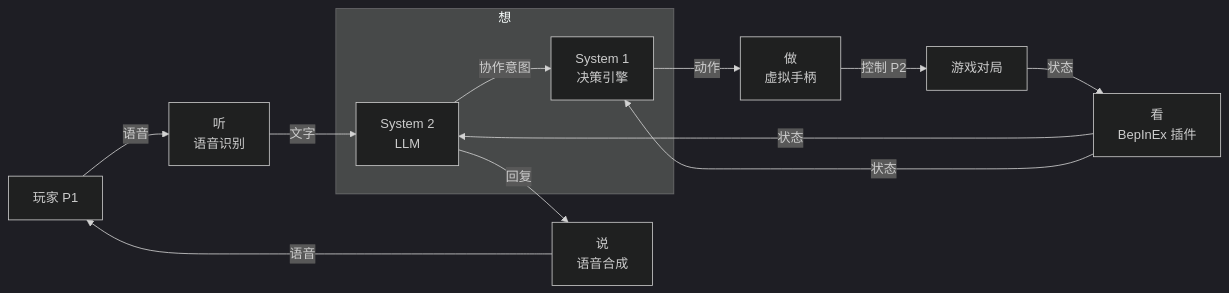
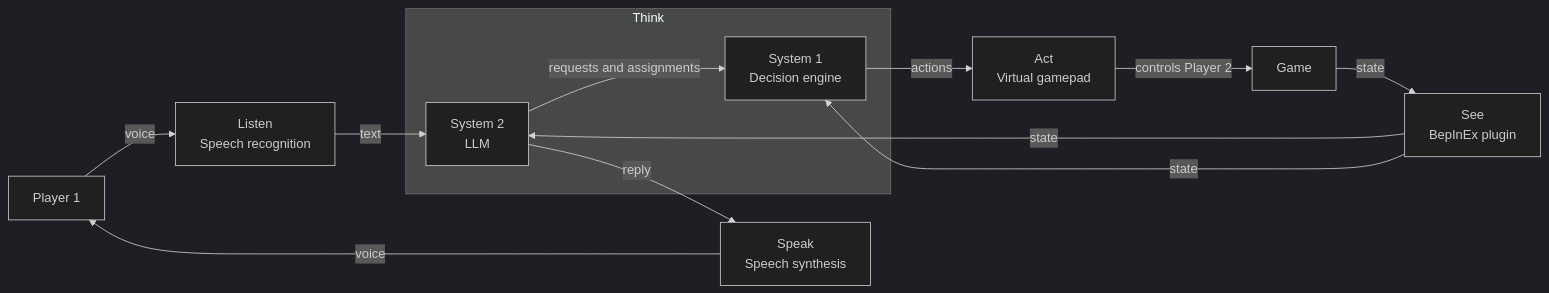
One commit to tungyee/overcooked-ai changed the diagram in README.md. Above: the diagram before and after it, drawn with Mermaid (dark theme). The commit also changed other lines of this file and 13 other files, not shown here.

````diff
--- a/README.md
+++ b/README.md
@@ -23,25 +21,25 @@
 ```mermaid
 flowchart LR
-    P[玩家 P1]
-    G[游戏对局]
-    A[听<br>语音识别]
-    B[看<br>BepInEx 插件]
-    C[说<br>语音合成]
-    D[做<br>虚拟手柄]
+    P[Player 1]
+    G[Game]
+    A[Listen<br>Speech recognition]
+    B[See<br>BepInEx plugin]
+    C[Speak<br>Speech synthesis]
+    D[Act<br>Virtual gamepad]
 
-    subgraph think["想"]
+    subgraph think["Think"]
         S2[System 2<br>LLM]
-        S1[System 1<br>决策引擎]
+        S1[System 1<br>Decision engine]
     end
 
-    P --"语音"--> A
-    A --"文字"--> S2
-    G --"状态"--> B
-    B --"状态"--> S2
-    B --"状态"--> S1
-    S2 --"协作意图"--> S1
-    S2 --"回复"--> C
-    C --"语音"--> P
-    S1 --"动作"--> D
-    D --"控制 P2"--> G
+    P --"voice"--> A
+    A --"text"--> S2
+    G --"state"--> B
+    B --"state"--> S2
+    B --"state"--> S1
+    S2 --"requests and assignments"--> S1
+    S2 --"reply"--> C
+    C --"voice"--> P
+    S1 --"actions"--> D
+    D --"controls Player 2"--> G
 ```
````
